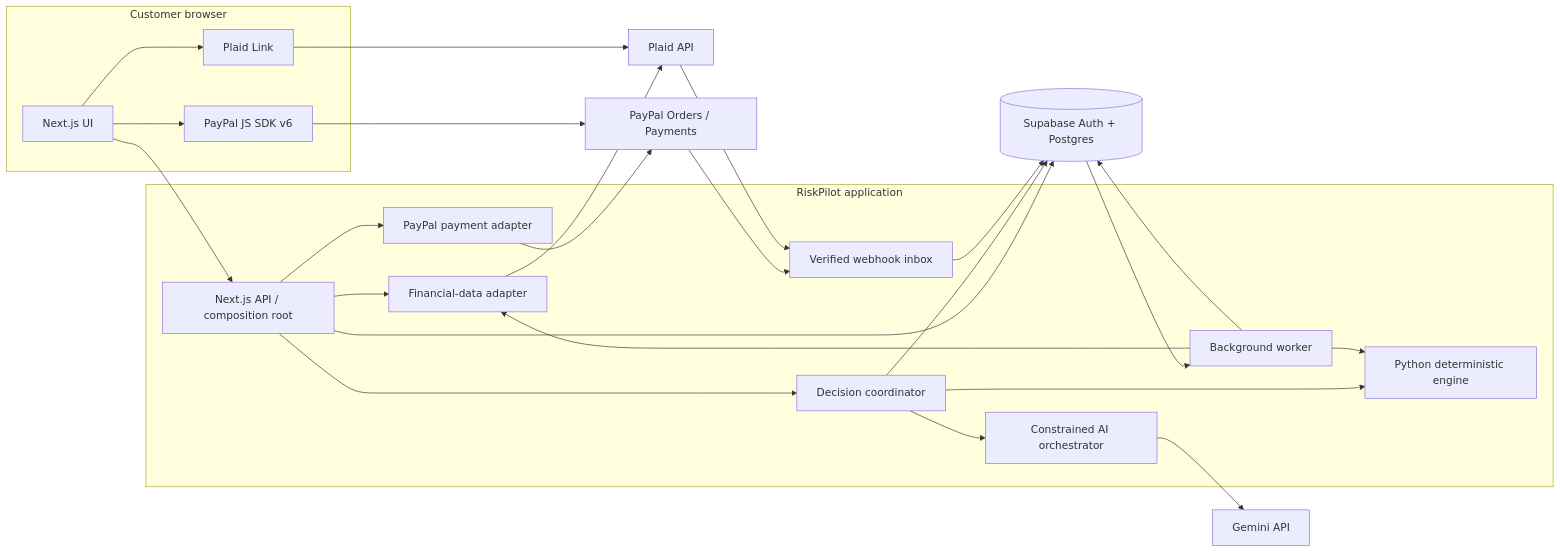
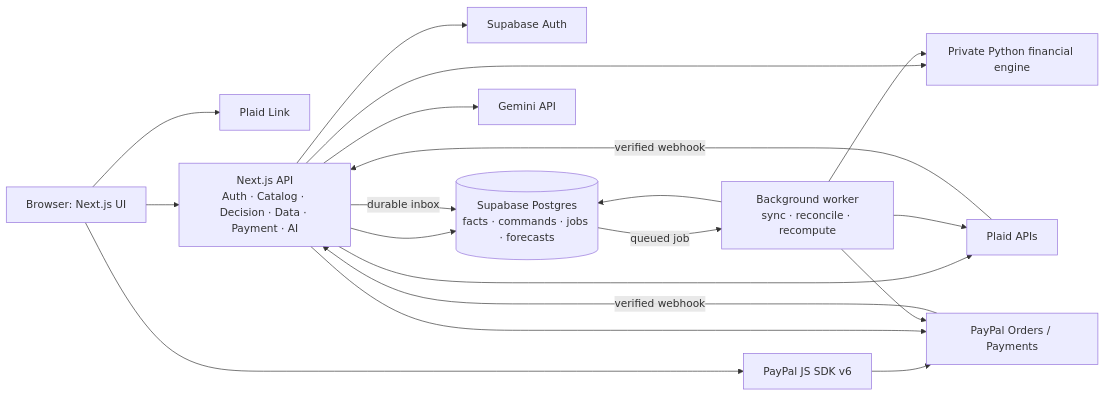
One commit to SuyaYang/RiskPilot changed the diagram in README.md. Above: the diagram before and after it, drawn with Mermaid. The commit also changed other lines of this file, not shown here.

````diff
--- a/README.md
+++ b/README.md
@@ -21,40 +13,32 @@
 ```mermaid
 flowchart LR
-  subgraph Browser[Customer browser]
-    UI[Next.js UI]
-    PL[Plaid Link]
-    JS[PayPal JS SDK v6]
-  end
+  Browser["Browser: Next.js UI"]
+  SDK["PayPal JS SDK v6"]
+  Link["Plaid Link"]
+  Web["Next.js API<br/>Auth · Catalog · Decision · Data · Payment · AI"]
+  Auth["Supabase Auth"]
+  DB[("Supabase Postgres<br/>facts · commands · jobs · forecasts")]
+  Engine["Private Python financial engine"]
+  Worker["Background worker<br/>sync · reconcile · recompute"]
+  PayPal["PayPal Orders / Payments"]
+  Plaid["Plaid APIs"]
+  Gemini["Gemini API"]
 
-  subgraph App[RiskPilot application]
-    API[Next.js API / composition root]
-    FIN[Financial-data adapter]
-    DEC[Decision coordinator]
-    AI[Constrained AI orchestrator]
-    PAY[PayPal payment adapter]
-    INBOX[Verified webhook inbox]
-    WORKER[Background worker]
-    ENG[Python deterministic engine]
-  end
-
-  DB[(Supabase Auth + Postgres)]
-  P[Plaid API]
-  G[Gemini API]
-  PP[PayPal Orders / Payments]
-
-  UI --> API
-  UI --> PL --> P
-  UI --> JS --> PP
-  API --> FIN --> P
-  API --> DEC --> ENG
-  DEC --> AI --> G
-  API --> PAY --> PP
-  API --> DB
-  DEC --> DB
-  PP --> INBOX --> DB
-  P --> INBOX
-  DB --> WORKER
-  WORKER --> FIN
-  WORKER --> ENG
-  WORKER --> DB
+  Browser --> Web
+  Browser --> SDK --> PayPal
+  Browser --> Link
+  Web --> Auth
+  Web --> DB
+  Web --> Engine
+  Web --> PayPal
+  Web --> Plaid
+  Web --> Gemini
+  PayPal -->|verified webhook| Web
+  Plaid -->|verified webhook| Web
+  Web -->|durable inbox| DB
+  DB -->|queued job| Worker
+  Worker --> Plaid
+  Worker --> PayPal
+  Worker --> Engine
+  Worker --> DB
 ```
````
